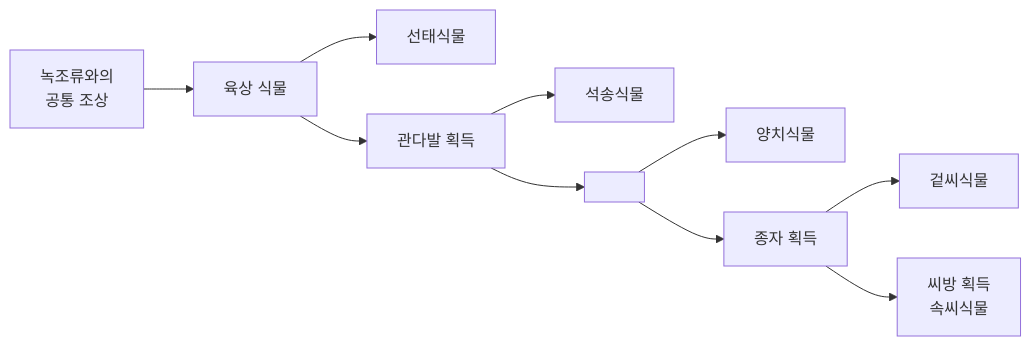
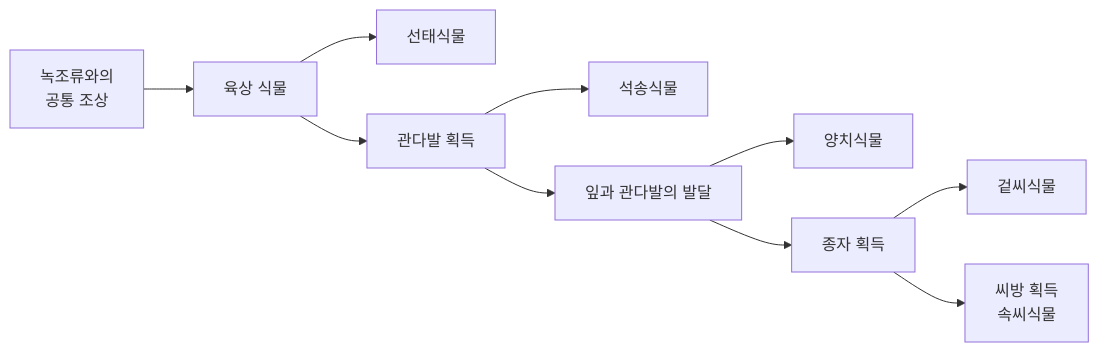
Before and after one commit to EricKOR1/sciencebook: the fifth of 7 diagrams in 고등학교_일반선택/생명과학/bio-3_생명의_연속성과_다양성.md, drawn with Mermaid. The commit also changed other lines of this file and 115 other files, not shown here.

````diff
--- a/고등학교_일반선택/생명과학/bio-3_생명의_연속성과_다양성.md
+++ b/고등학교_일반선택/생명과학/bio-3_생명의_연속성과_다양성.md
@@ -430,12 +430,12 @@
 ```mermaid
 flowchart LR
     G["녹조류와의<br/>공통 조상"] --> L["육상 식물"]
     L --> M["선태식물"]
     L --> V["관다발 획득"]
     V --> LY["석송식물"]
-    V --> V2[" "]
+    V --> V2["잎과 관다발의 발달"]
     V2 --> F["양치식물"]
     V2 --> S["종자 획득"]
     S --> GY["겉씨식물"]
     S --> AN["씨방 획득<br/>속씨식물"]
 ```
````
